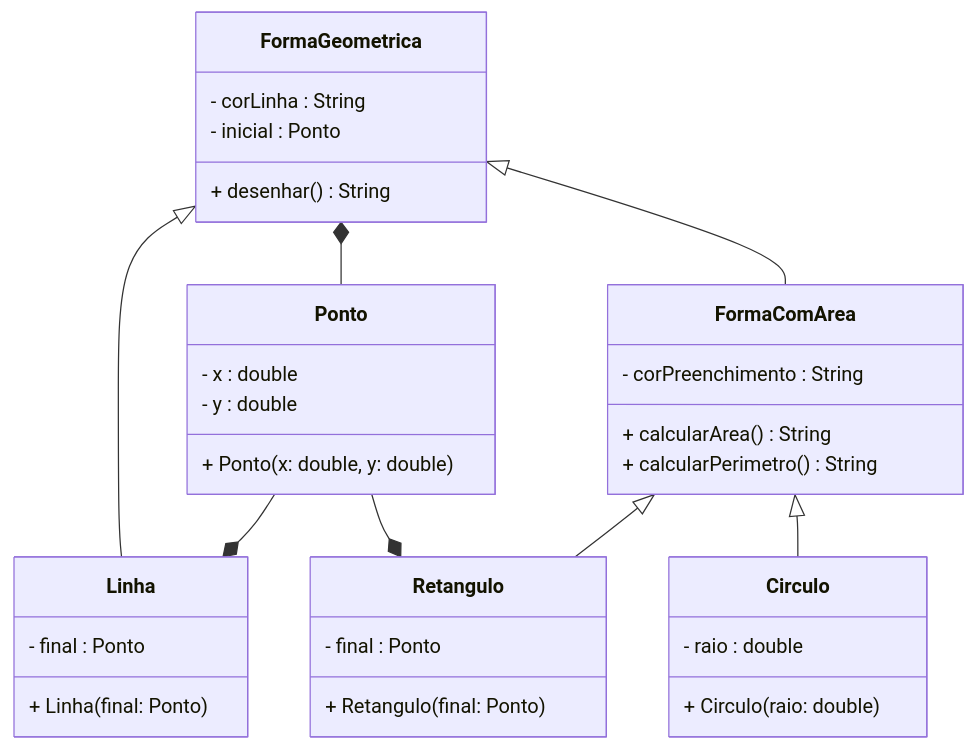
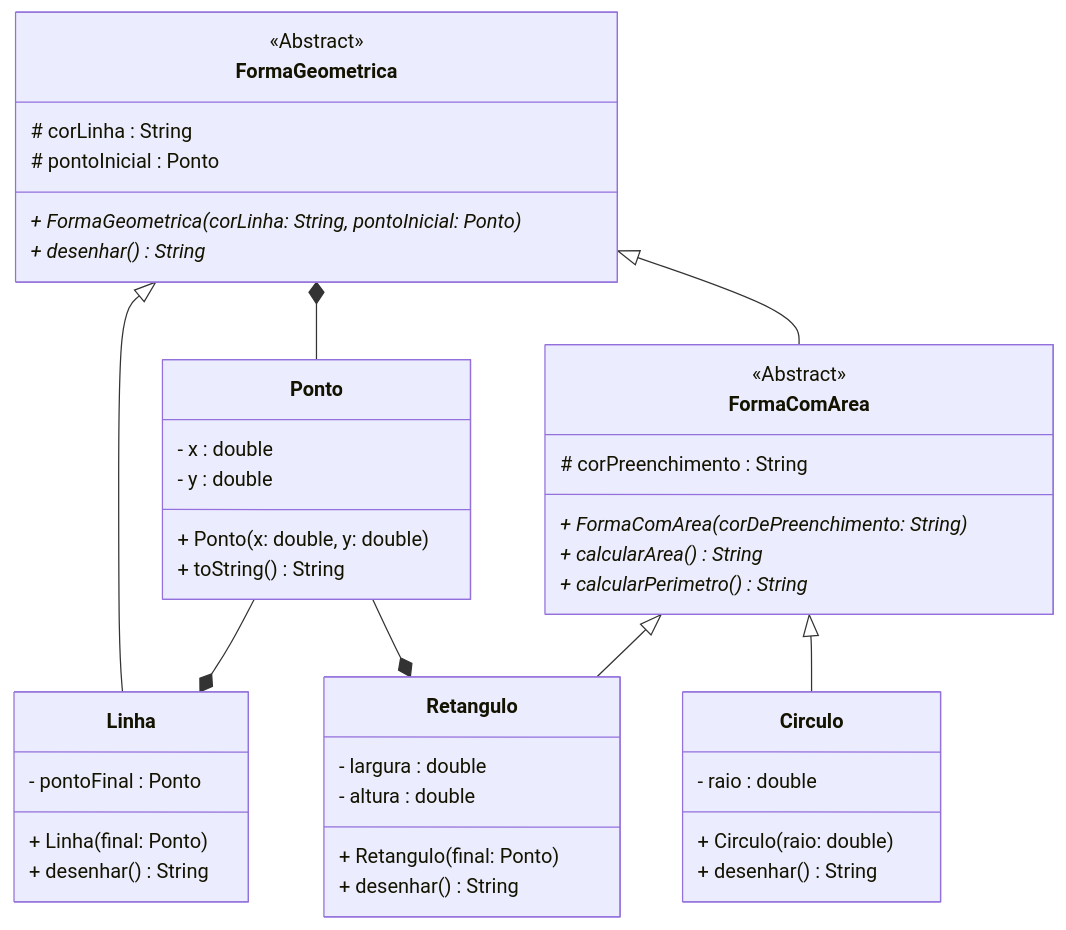
Before and after one commit to yanvpp/POO: the diagram in aula_20/desenhoVetorial/Readme.md, drawn with Mermaid.

Commit message:
atualizando UML

````diff
--- a/aula_20/desenhoVetorial/Readme.md
+++ b/aula_20/desenhoVetorial/Readme.md
@@ -3,45 +3,54 @@
 ```mermaid
 classDiagram
 
 FormaGeometrica *-- Ponto
 FormaGeometrica <|-- FormaComArea
 FormaGeometrica <|-- Linha
 Ponto --* Linha
 FormaComArea <|-- Circulo
 Ponto --* Retangulo
 FormaComArea <|-- Retangulo
 
 class FormaGeometrica {
-    - corLinha : String
-    - inicial : Ponto
-    + desenhar() String
+    <<Abstract>>
+    # corLinha : String
+    # pontoInicial : Ponto
+    + FormaGeometrica(corLinha: String, pontoInicial: Ponto)*
+    + desenhar() String*
 }
 
 class FormaComArea {
-    - corPreenchimento : String
-    + calcularArea() String
-    + calcularPerimetro() String
+    <<Abstract>>
+    # corPreenchimento : String
+    + FormaComArea(corDePreenchimento: String)*
+    + calcularArea() String*
+    + calcularPerimetro() String*
 }
 
 class Ponto {
     - x : double
     - y : double
     + Ponto(x: double, y: double)
+    + toString() String
 }
 
 class Linha {
-    - final : Ponto
+    - pontoFinal : Ponto
     + Linha(final: Ponto)
+    + desenhar() String
 }
 
 class Circulo {
     - raio : double
     + Circulo(raio: double)
+    + desenhar() String
 }
 
 class Retangulo {
-    - final : Ponto
+    - largura : double
+    - altura : double
     + Retangulo(final: Ponto)
+    + desenhar() String
 }
 
 ```
````
